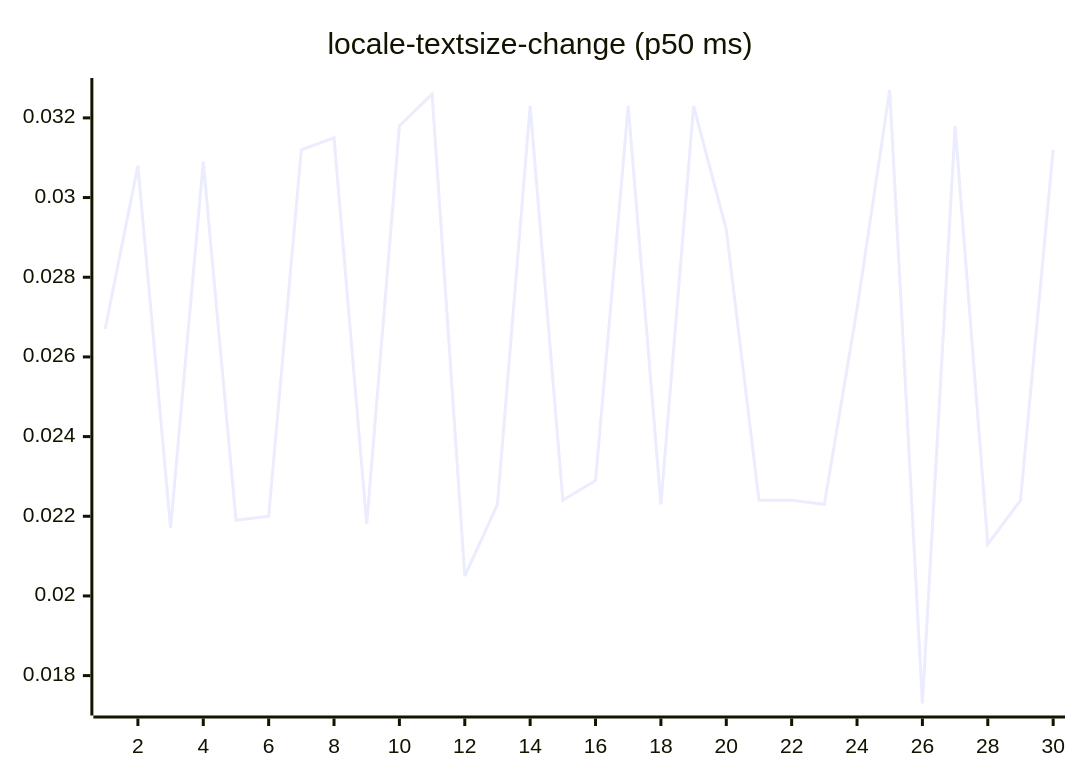
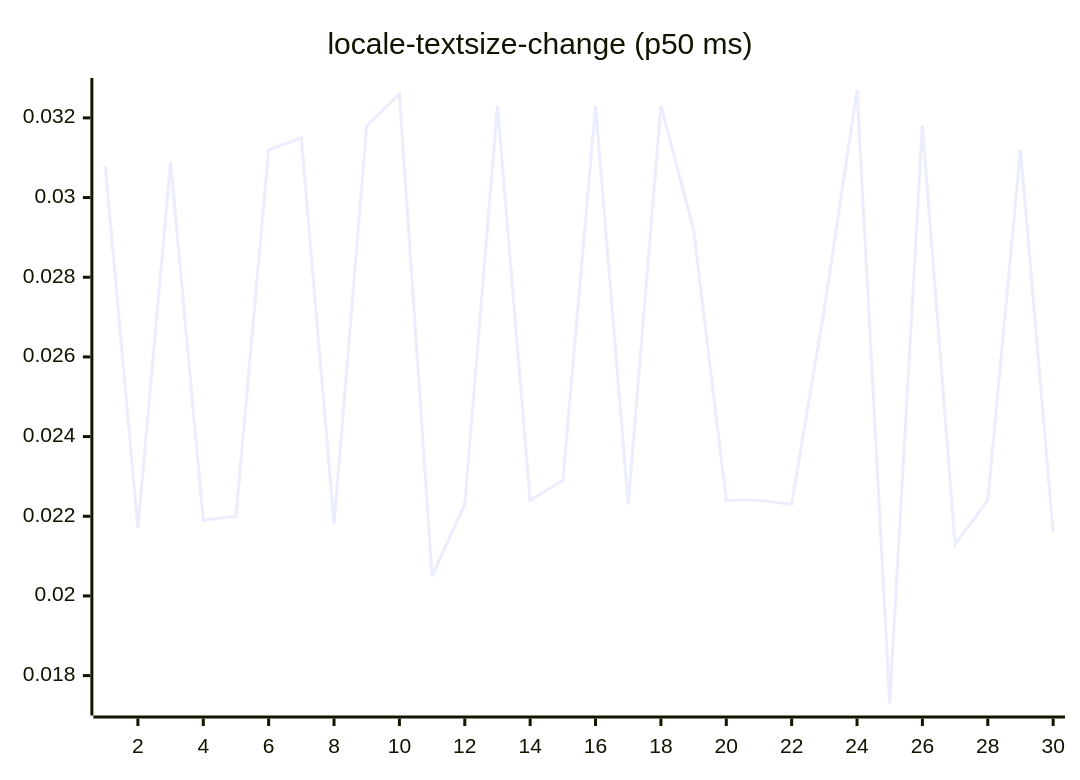
One commit to josha/Facet changed diagram 13 of 27 in README.md. Above: the diagram before and after it, drawn with Mermaid. The commit also changed other lines of this file and 2 other files, not shown here.

````diff
--- a/README.md
+++ b/README.md
@@ -147,6 +147,6 @@
 ```mermaid
 xychart-beta
     title "locale-textsize-change (p50 ms)"
     x-axis 1 --> 30
-    line [0.0267, 0.0308, 0.0217, 0.0309, 0.0219, 0.0220, 0.0312, 0.0315, 0.0218, 0.0318, 0.0326, 0.0205, 0.0223, 0.0323, 0.0224, 0.0229, 0.0323, 0.0223, 0.0323, 0.0292, 0.0224, 0.0224, 0.0223, 0.0272, 0.0327, 0.0173, 0.0318, 0.0213, 0.0224, 0.0312]
+    line [0.0308, 0.0217, 0.0309, 0.0219, 0.0220, 0.0312, 0.0315, 0.0218, 0.0318, 0.0326, 0.0205, 0.0223, 0.0323, 0.0224, 0.0229, 0.0323, 0.0223, 0.0323, 0.0292, 0.0224, 0.0224, 0.0223, 0.0272, 0.0327, 0.0173, 0.0318, 0.0213, 0.0224, 0.0312, 0.0216]
 ```
````
